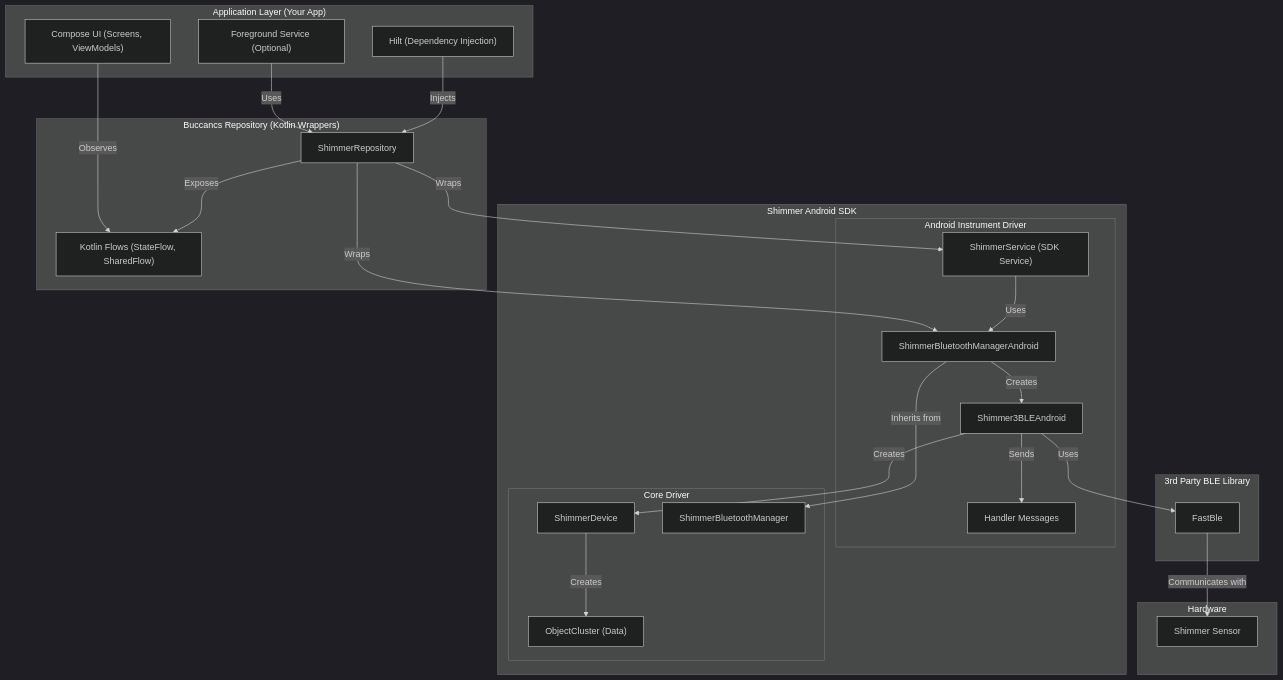
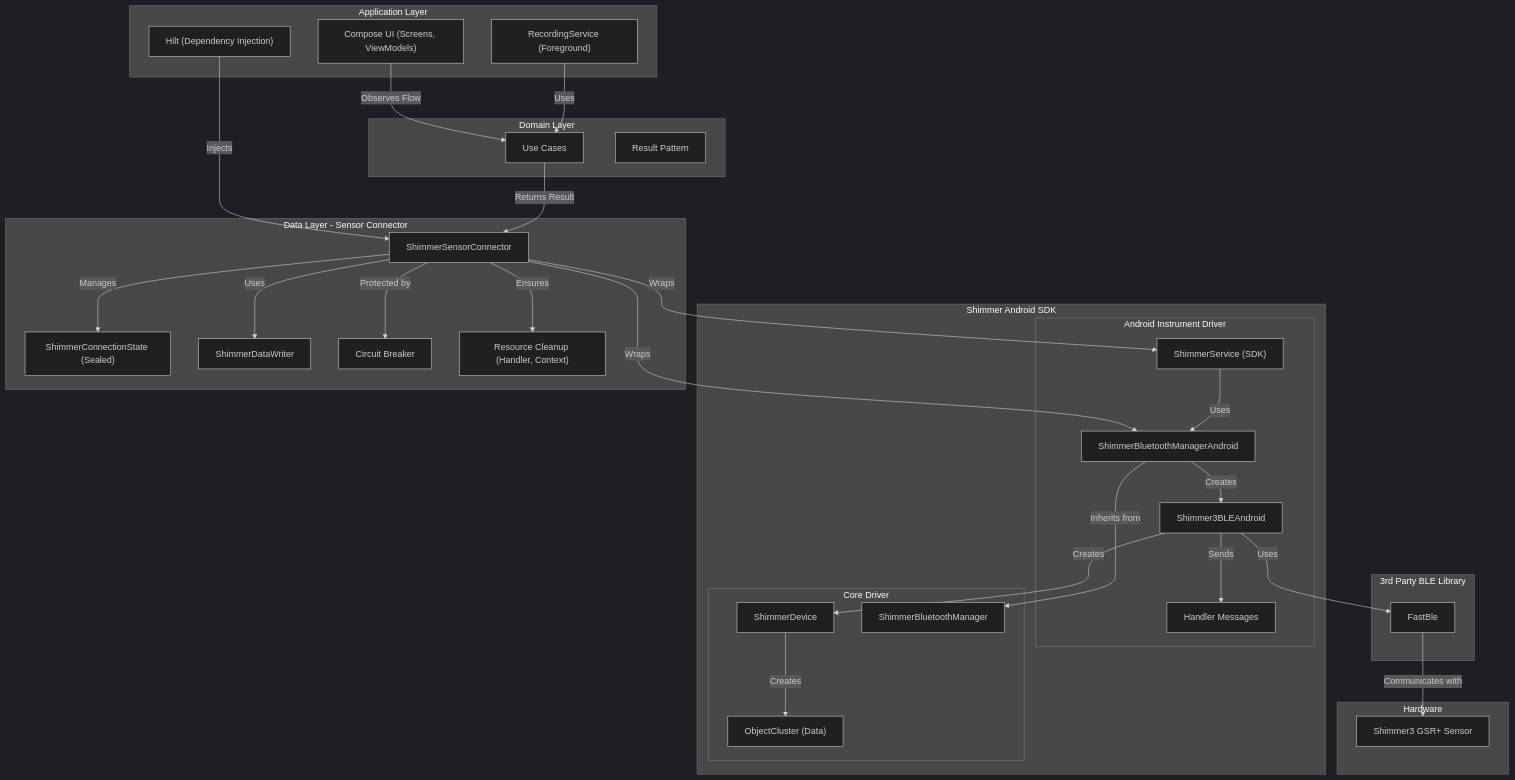
One commit to buccancs/buccancs changed the diagram in visualizations/shimmer_architecture.md. Above: the diagram before and after it, drawn with Mermaid (dark theme). The commit also changed other lines of this file and 432 other files, not shown here.

````diff
--- a/visualizations/shimmer_architecture.md
+++ b/visualizations/shimmer_architecture.md
@@ -1,50 +5,62 @@
 ```mermaid
 graph TD
-    subgraph "Application Layer (Your App)"
+    subgraph "Application Layer"
         ComposeUI["Compose UI (Screens, ViewModels)"]
-        AppService["Foreground Service (Optional)"]
+        RecordingService["RecordingService (Foreground)"]
         HiltDI["Hilt (Dependency Injection)"]
     end
 
-    subgraph "Buccancs Repository (Kotlin Wrappers)"
-        ShimmerRepo["ShimmerRepository"]
-        KotlinFlows["Kotlin Flows (StateFlow, SharedFlow)"]
+    subgraph "Domain Layer"
+        UseCases["Use Cases"]
+        ResultPattern["Result<T, E> Pattern"]
+    end
+
+    subgraph "Data Layer - Sensor Connector"
+        ShimmerConnector["ShimmerSensorConnector"]
+        ConnectionState["ShimmerConnectionState (Sealed)"]
+        DataWriter["ShimmerDataWriter"]
+        CircuitBreaker["Circuit Breaker"]
+        ResourceCleanup["Resource Cleanup (Handler, Context)"]
     end
 
     subgraph "Shimmer Android SDK"
         subgraph "Android Instrument Driver"
-            ShimmerServiceSDK["ShimmerService (SDK Service)"]
+            ShimmerServiceSDK["ShimmerService (SDK)"]
             ShimmerBTManagerAndroid["ShimmerBluetoothManagerAndroid"]
             Shimmer3BLEAndroid["Shimmer3BLEAndroid"]
             HandlerMsgs["Handler Messages"]
         end
         subgraph "Core Driver"
             ShimmerDevice["ShimmerDevice"]
             ShimmerBTManager["ShimmerBluetoothManager"]
             ObjectCluster["ObjectCluster (Data)"]
         end
     end
 
     subgraph "3rd Party BLE Library"
         FastBle["FastBle"]
     end
 
     subgraph "Hardware"
-        ShimmerSensor["Shimmer Sensor"]
+        ShimmerSensor["Shimmer3 GSR+ Sensor"]
     end
 
-    ComposeUI -- Observes --> KotlinFlows
-    AppService -- Uses --> ShimmerRepo
-    HiltDI -- Injects --> ShimmerRepo
-    ShimmerRepo -- Exposes --> KotlinFlows
-    ShimmerRepo -- Wraps --> ShimmerServiceSDK
-    ShimmerRepo -- Wraps --> ShimmerBTManagerAndroid
+    ComposeUI -- Observes Flow --> UseCases
+    RecordingService -- Uses --> UseCases
+    HiltDI -- Injects --> ShimmerConnector
+    UseCases -- Returns Result --> ShimmerConnector
+    ShimmerConnector -- Manages --> ConnectionState
+    ShimmerConnector -- Uses --> DataWriter
+    ShimmerConnector -- Protected by --> CircuitBreaker
+    ShimmerConnector -- Ensures --> ResourceCleanup
+    ShimmerConnector -- Wraps --> ShimmerServiceSDK
+    ShimmerConnector -- Wraps --> ShimmerBTManagerAndroid
     ShimmerServiceSDK -- Uses --> ShimmerBTManagerAndroid
     ShimmerBTManagerAndroid -- Inherits from --> ShimmerBTManager
     ShimmerBTManagerAndroid -- Creates --> Shimmer3BLEAndroid
     Shimmer3BLEAndroid -- Uses --> FastBle
     Shimmer3BLEAndroid -- Creates --> ShimmerDevice
     Shimmer3BLEAndroid -- Sends --> HandlerMsgs
     ShimmerDevice -- Creates --> ObjectCluster
     FastBle -- Communicates with --> ShimmerSensor
 ```
````
